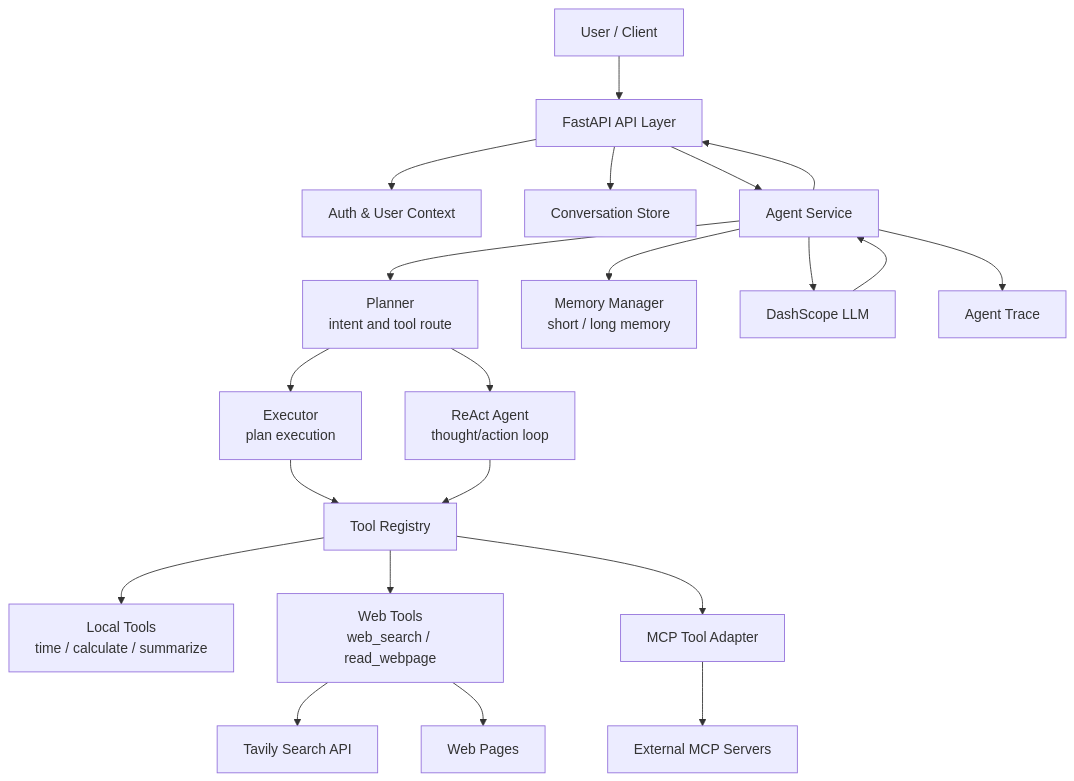
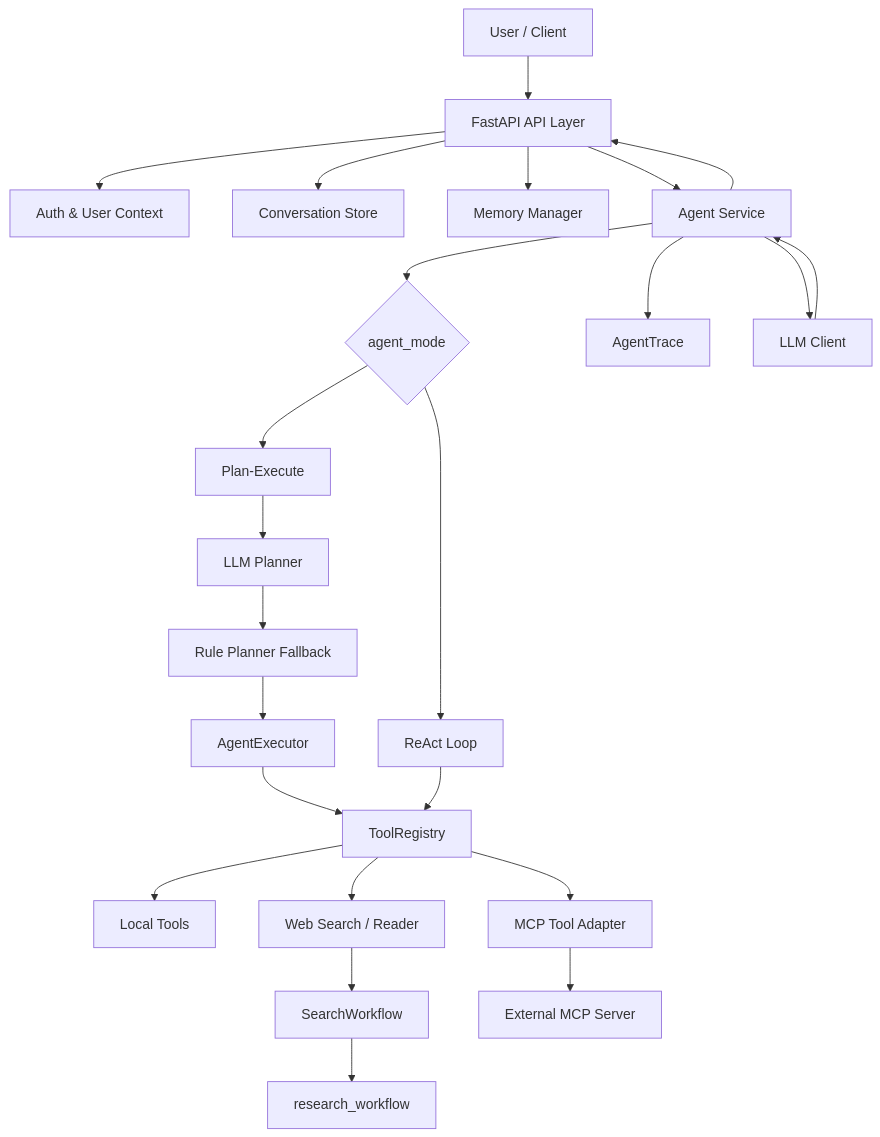
The diagram in README.md (lizy0627/Agent_Project), drawn with Mermaid before and after one commit. The commit also changed other lines of this file and 40 other files, not shown here.

````diff
--- a/README.md
+++ b/README.md
@@ -37,27 +55,31 @@
 ```mermaid
 flowchart TD
     User["User / Client"] --> API["FastAPI API Layer"]
     API --> Auth["Auth & User Context"]
     API --> Conversation["Conversation Store"]
+    API --> Memory["Memory Manager"]
     API --> AgentService["Agent Service"]
 
-    AgentService --> Planner["Planner<br/>intent and tool route"]
-    Planner --> Executor["Executor<br/>plan execution"]
-    Planner --> Reactor["ReAct Agent<br/>thought/action loop"]
-    Executor --> Registry["Tool Registry"]
-    Reactor --> Registry
+    AgentService --> Mode{"agent_mode"}
+    Mode --> PlanExecute["Plan-Execute"]
+    Mode --> ReAct["ReAct Loop"]
 
-    Registry --> LocalTools["Local Tools<br/>time / calculate / summarize"]
-    Registry --> WebTools["Web Tools<br/>web_search / read_webpage"]
+    PlanExecute --> LLMPlanner["LLM Planner"]
+    LLMPlanner --> RulePlanner["Rule Planner Fallback"]
+    RulePlanner --> Executor["AgentExecutor"]
+    Executor --> Registry["ToolRegistry"]
+    ReAct --> Registry
+
+    Registry --> LocalTools["Local Tools"]
+    Registry --> WebTools["Web Search / Reader"]
     Registry --> MCP["MCP Tool Adapter"]
 
-    WebTools --> Tavily["Tavily Search API"]
-    WebTools --> WebPage["Web Pages"]
-    MCP --> MCPServer["External MCP Servers"]
+    WebTools --> SearchWorkflow["SearchWorkflow"]
+    SearchWorkflow --> Workflow["research_workflow"]
+    MCP --> MCPServer["External MCP Server"]
 
-    AgentService --> Memory["Memory Manager<br/>short / long memory"]
-    AgentService --> LLM["DashScope LLM"]
+    AgentService --> Trace["AgentTrace"]
+    AgentService --> LLM["LLM Client"]
     LLM --> AgentService
-    AgentService --> Trace["Agent Trace"]
     AgentService --> API
 ```
````
